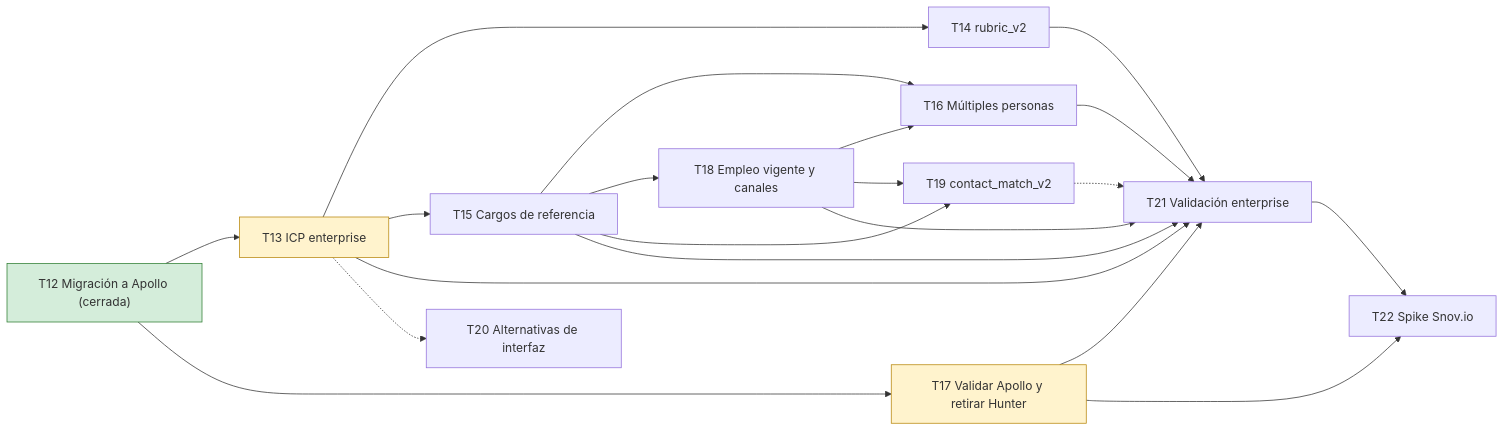
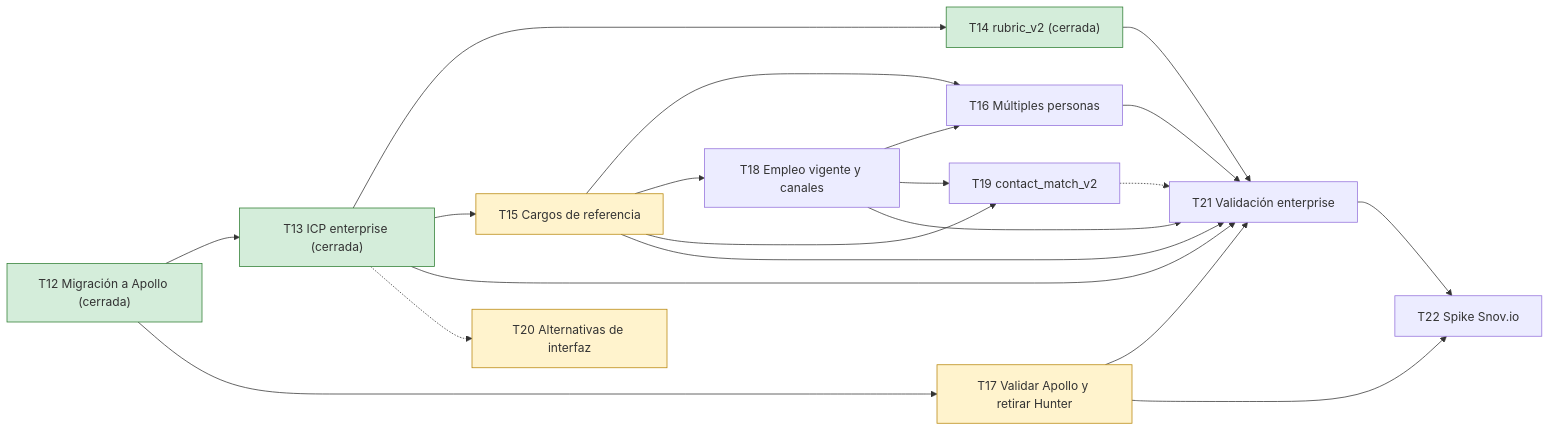
One commit to ThomasSerna/veryfi-prospecting changed the diagram in docs/Roadmap.md. Above: the diagram before and after it, drawn with Mermaid. The commit also changed other lines of this file and 9 other files, not shown here.

````diff
--- a/docs/Roadmap.md
+++ b/docs/Roadmap.md
@@ -52,35 +52,35 @@
 ```mermaid
 flowchart LR
     T12["T12 Migración a Apollo (cerrada)"]:::closed
-    T13["T13 ICP enterprise"]:::ready
-    T14["T14 rubric_v2"]
-    T15["T15 Cargos de referencia"]
+    T13["T13 ICP enterprise (cerrada)"]:::closed
+    T14["T14 rubric_v2 (cerrada)"]:::closed
+    T15["T15 Cargos de referencia"]:::ready
     T16["T16 Múltiples personas"]
     T17["T17 Validar Apollo y retirar Hunter"]:::ready
     T18["T18 Empleo vigente y canales"]
     T19["T19 contact_match_v2"]
-    T20["T20 Alternativas de interfaz"]
+    T20["T20 Alternativas de interfaz"]:::ready
     T21["T21 Validación enterprise"]
     T22["T22 Spike Snov.io"]
     T12 --> T13
     T12 --> T17
     T13 --> T14
     T13 --> T15
     T15 --> T16
     T15 --> T18
     T15 --> T19
     T18 --> T16
     T18 --> T19
     T13 --> T21
     T14 --> T21
     T15 --> T21
     T16 --> T21
     T17 --> T21
     T18 --> T21
     T21 --> T22
     T17 --> T22
     T13 -.-> T20
     T19 -.-> T21
     classDef closed fill:#d4edda,stroke:#2e7d32
     classDef ready fill:#fff3cd,stroke:#b8860b
 ```
````
